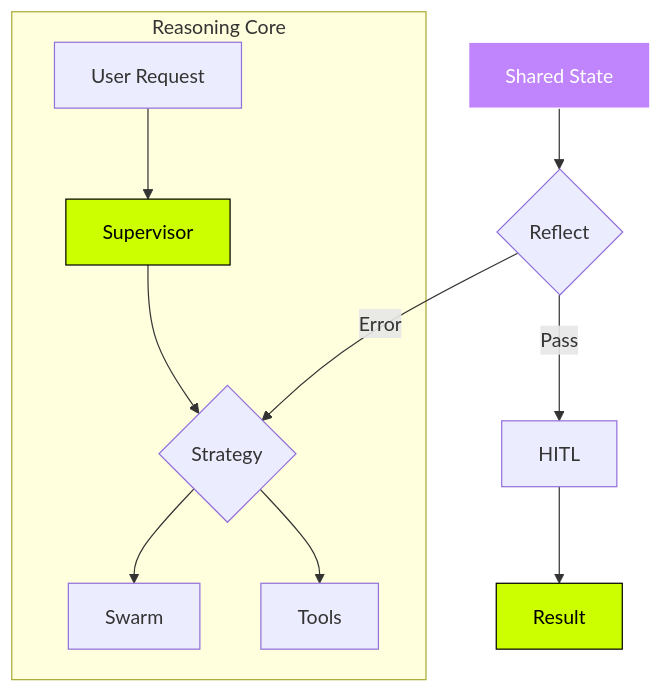
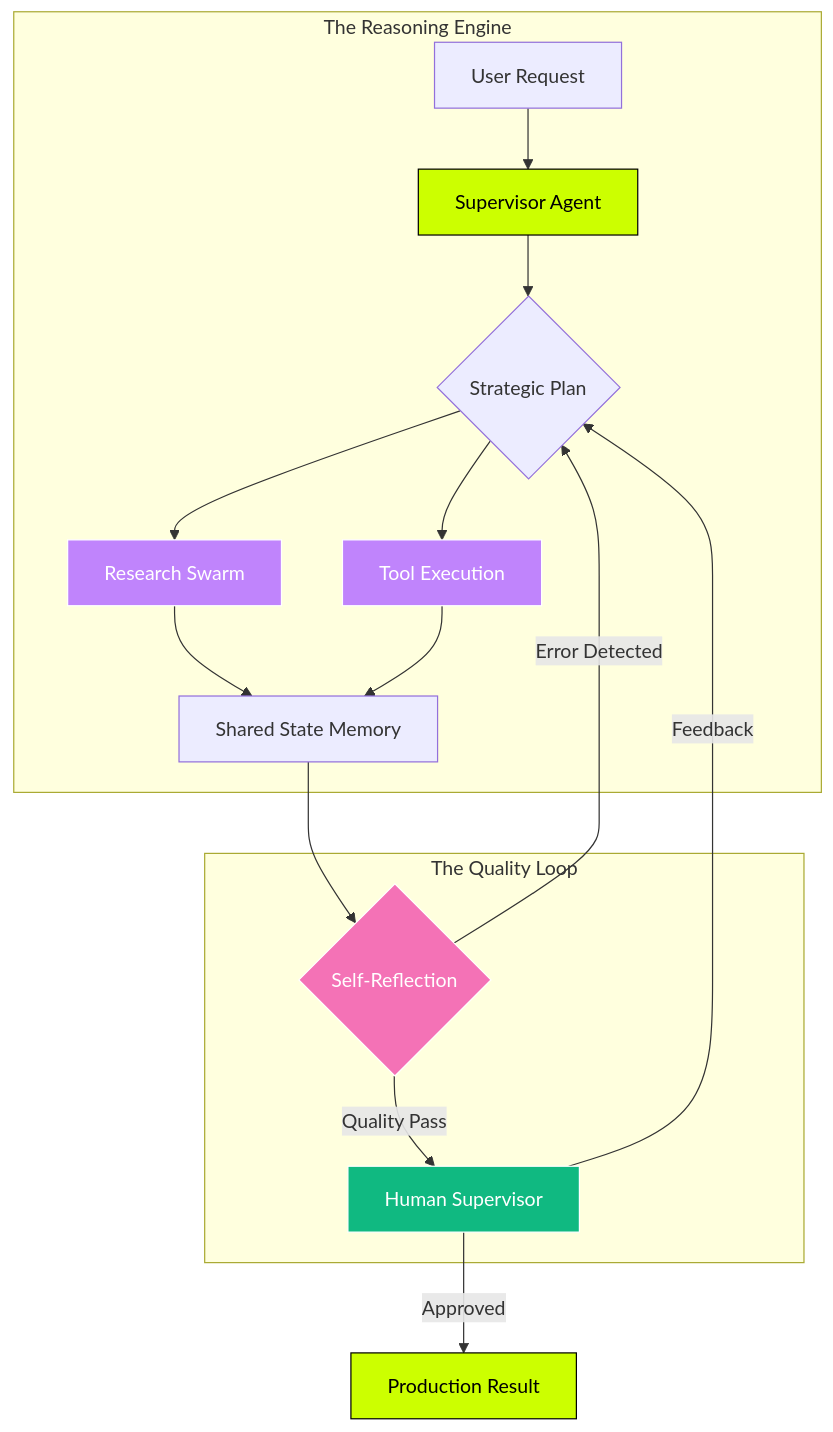
The diagram in README.md (Tayyabjv1/Tayyabjv1), drawn with Mermaid before and after one commit. The commit also changed other lines of this file, not shown here.

````diff
--- a/README.md
+++ b/README.md
@@ -27,16 +12,26 @@
 ```mermaid
 graph TD
-    subgraph "Reasoning Core"
-        A[User Request] --> B[Supervisor]
-        B --> C{Strategy}
-        C --> D[Swarm]
-        C --> E[Tools]
+    subgraph "The Reasoning Engine"
+        A[User Request] --> B[Supervisor Agent]
+        B --> C{Strategic Plan}
+        C --> D[Research Swarm]
+        C --> E[Tool Execution]
+        D & E --> F[Shared State Memory]
     end
-    F[Shared State] --> G{Reflect}
-    G -- "Error" --> C
-    G -- "Pass" --> H[HITL]
-    H --> I[Result]
+
+    subgraph "The Quality Loop"
+        F --> G{Self-Reflection}
+        G -- "Error Detected" --> C
+        G -- "Quality Pass" --> H[Human Supervisor]
+    end
+
+    H -- "Approved" --> I[Production Result]
+    H -- "Feedback" --> C
+
     style B fill:#ccff00,stroke:#000,color:#000
-    style F fill:#c084fc,stroke:#fff,color:#fff
+    style D fill:#c084fc,stroke:#fff,color:#fff
+    style E fill:#c084fc,stroke:#fff,color:#fff
+    style G fill:#f472b6,stroke:#fff,color:#fff
+    style H fill:#10B981,stroke:#fff,color:#fff
     style I fill:#ccff00,stroke:#000,color:#000
 ```
````
